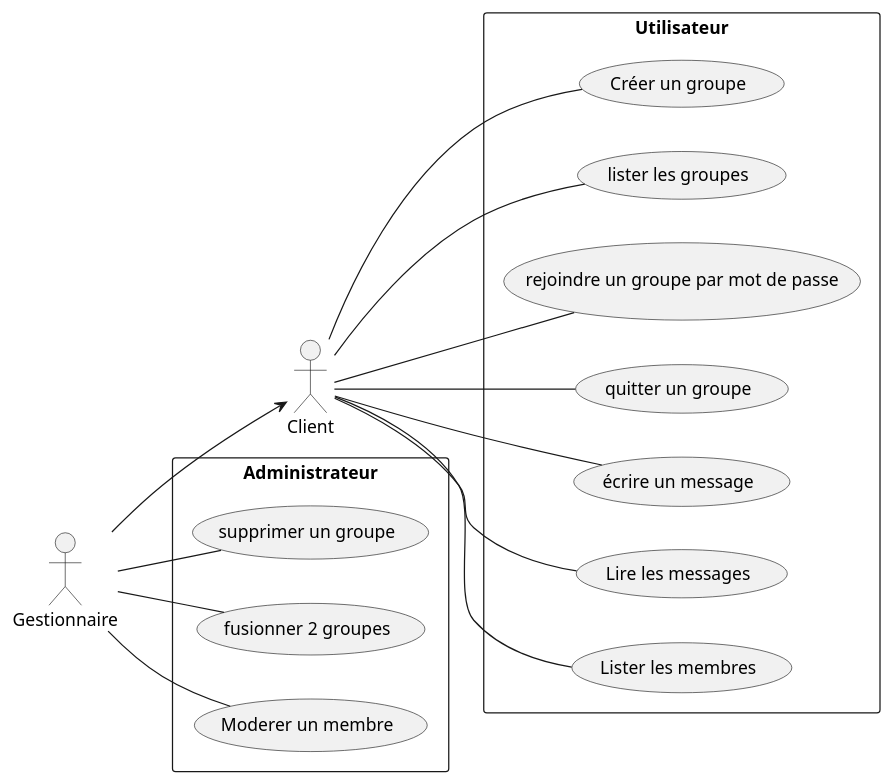
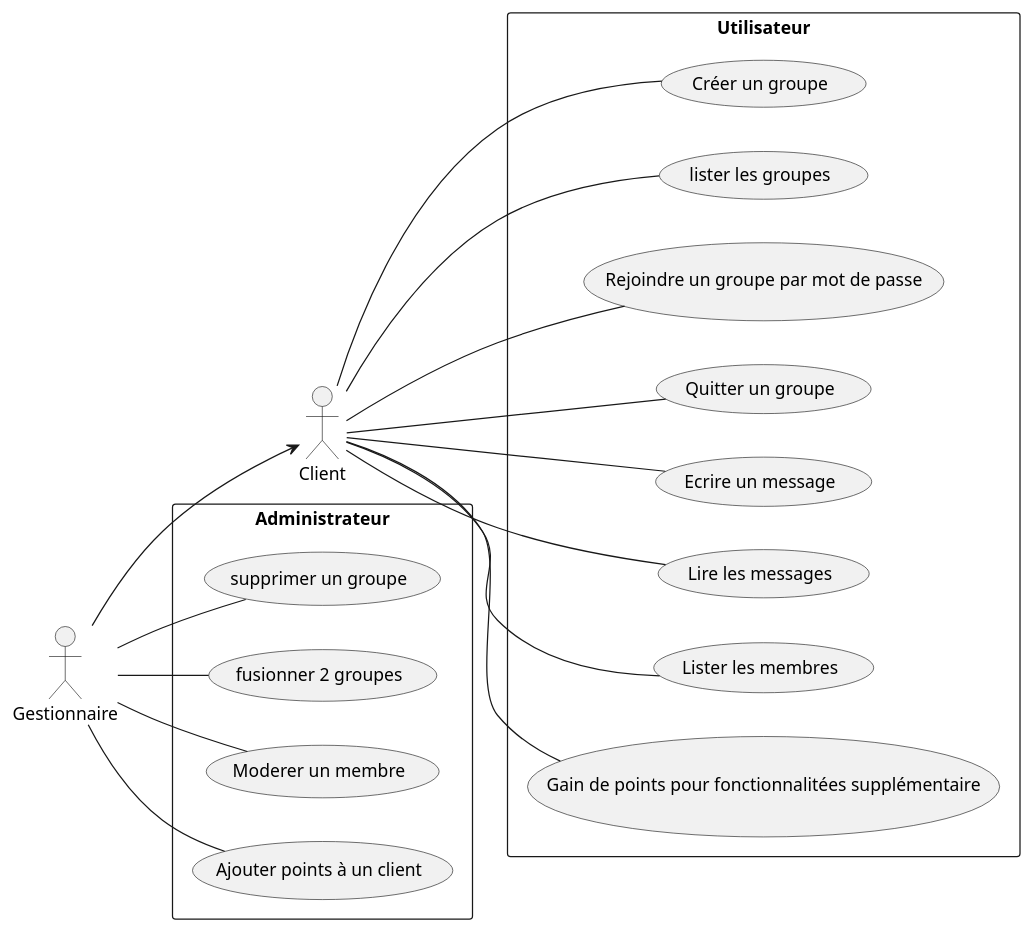
The diagram in uml/DiagrammeUML.wsd (bryan-pignerol/isy-messagerie), drawn with PlantUML before and after one commit.

Commit message:
Prog end

```diff
--- a/uml/DiagrammeUML.wsd
+++ b/uml/DiagrammeUML.wsd
@@ -1,30 +1,34 @@
 @startuml
 left to right direction
 actor "Gestionnaire" as gestionnaire
 actor "Client" as Client
 rectangle "Utilisateur" {
     (Créer un groupe) as créer
     (lister les groupes) as lister
-    (rejoindre un groupe par mot de passe) as rejoindre
-    (quitter un groupe) as quitter
-    (écrire un message) as écrire
+    (Rejoindre un groupe par mot de passe) as rejoindre
+    (Quitter un groupe) as quitter
+    (Ecrire un message) as écrire
     (Lire les messages) as lire
     (Lister les membres) as membres
+    (Gain de points pour fonctionnalitées supplémentaire) as banque
 }
 rectangle "Administrateur"{
     (supprimer un groupe) as supprimer_groupe
     (fusionner 2 groupes) as fusionner
     (Moderer un membre) as moderer
+    (Ajouter points à un client) as ajouter
 }
 Client -- créer
 Client -- lister
 Client -- rejoindre
 Client -- quitter
 Client -- écrire
 Client -- lire
 Client -- membres
+Client -- banque
 gestionnaire -- supprimer_groupe
 gestionnaire -- fusionner
 gestionnaire -- moderer
 gestionnaire --> Client
+gestionnaire -- ajouter
 @enduml
```
